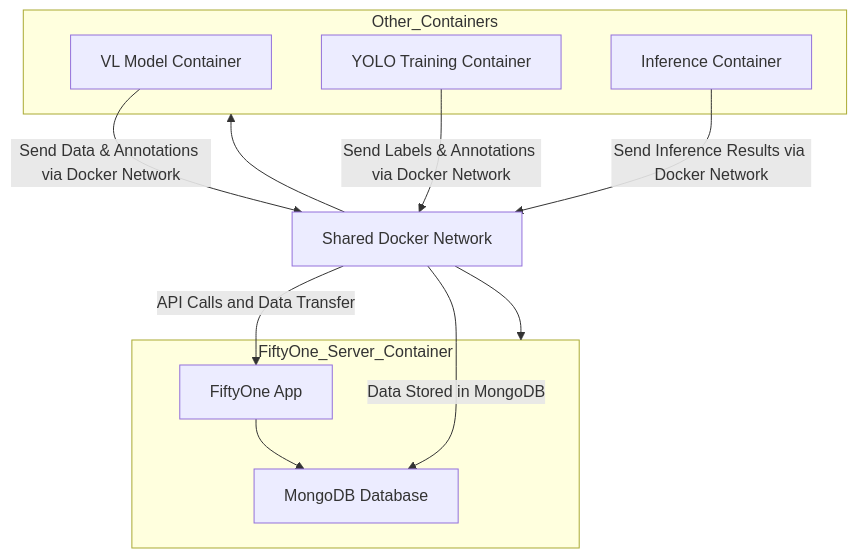
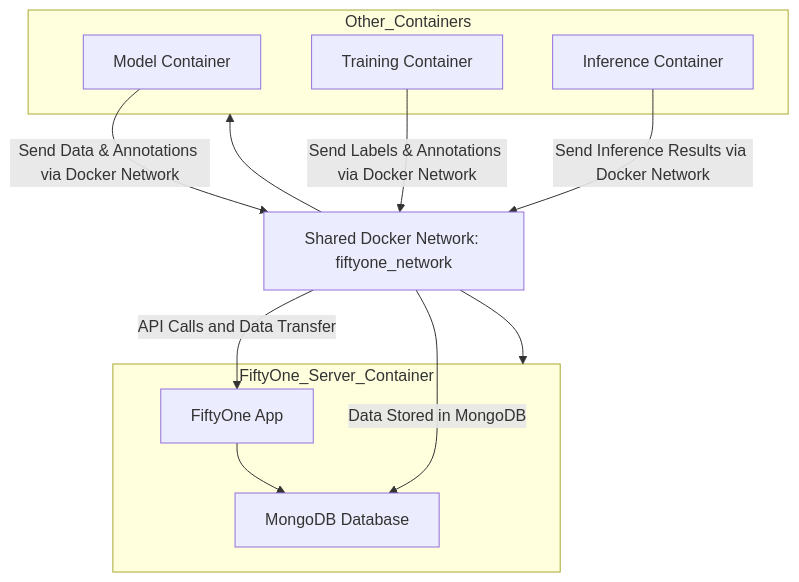
Before and after one commit to mrgares/Voxel51_setup: the diagram in README.md, drawn with Mermaid.

Commit message:
fix: added a better structure for the diagram

````diff
--- a/README.md
+++ b/README.md
@@ -5,33 +5,33 @@
 ```mermaid
 graph TD
     %% FiftyOne server setup
     subgraph FiftyOne_Server_Container
         A1[FiftyOne App]
         A2[MongoDB Database]
         A1 --> A2
     end
     
     %% Other containers
     subgraph Other_Containers
-        B1[VL Model Container]
-        B2[YOLO Training Container]
+        B1[Model Container]
+        B2[Training Container]
         B3[Inference Container]
     end
 
     %% Shared Docker network
-    C[Shared Docker Network]
+    C[Shared Docker Network: fiftyone_network]
     C --> FiftyOne_Server_Container
     C --> Other_Containers
 
     %% Communication between containers via shared network
     B1 --> |Send Data & Annotations via Docker Network| C
     B2 --> |Send Labels & Annotations via Docker Network| C
     B3 --> |Send Inference Results via Docker Network| C
 
     %% Interaction with FiftyOne app and MongoDB through the network
     C --> |API Calls and Data Transfer| A1
     C --> |Data Stored in MongoDB| A2
 
 
 
 ```
````
